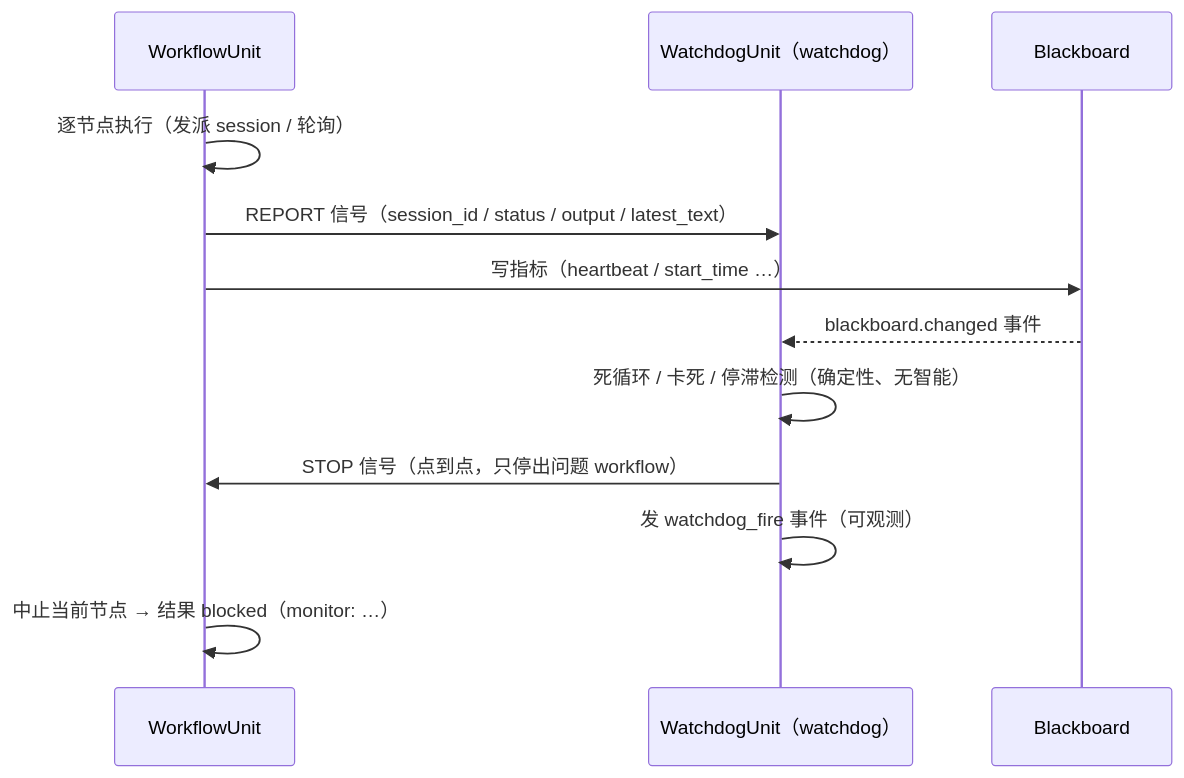
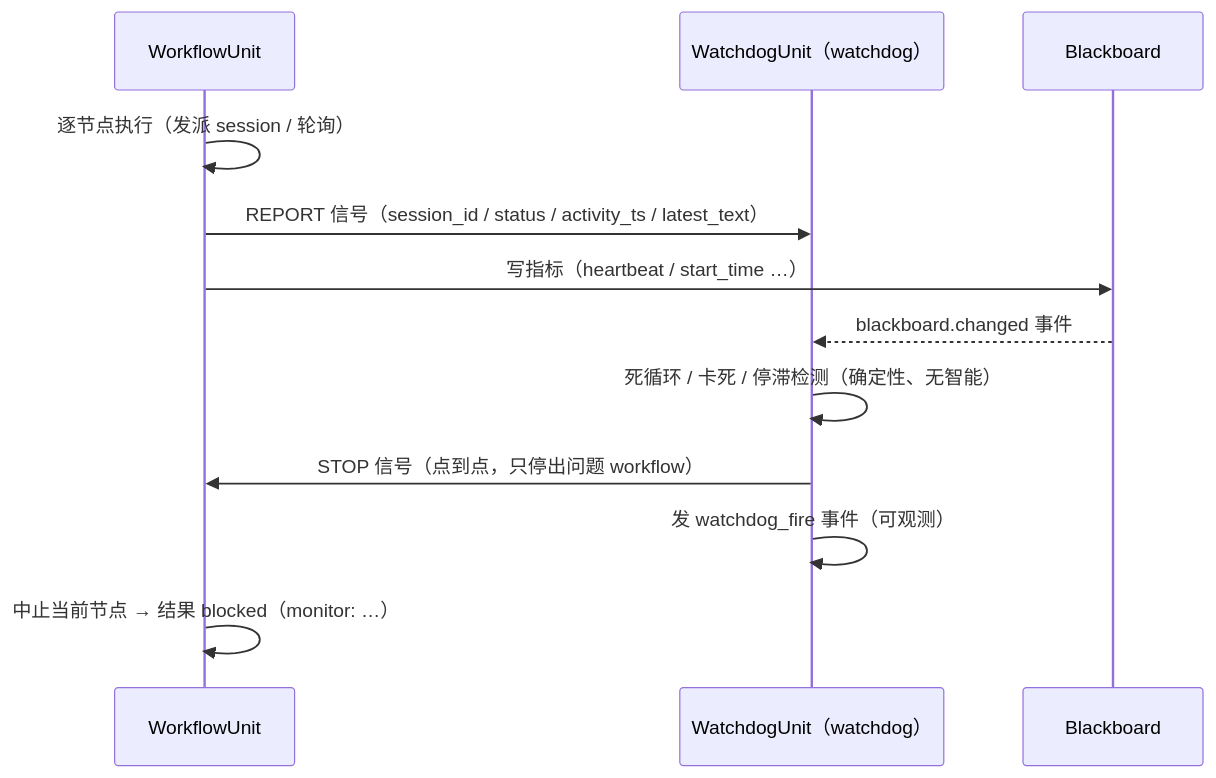
Before and after one commit to haberzero/regime-driver: the diagram in docs/architecture/02_statechart_network.md, drawn with Mermaid. The commit also changed 48 other files, not shown here.

````diff
--- a/docs/architecture/02_statechart_network.md
+++ b/docs/architecture/02_statechart_network.md
@@ -238,15 +238,15 @@
 ```mermaid
 sequenceDiagram
     participant 工作流 as WorkflowUnit
     participant 看门狗 as WatchdogUnit（watchdog）
     participant 黑板 as Blackboard
 
     工作流->>工作流: 逐节点执行（发派 session / 轮询）
-    工作流->>看门狗: REPORT 信号（session_id / status / output / latest_text）
+    工作流->>看门狗: REPORT 信号（session_id / status / activity_ts / latest_text）
     工作流->>黑板: 写指标（heartbeat / start_time …）
     黑板-->>看门狗: blackboard.changed 事件
     看门狗->>看门狗: 死循环 / 卡死 / 停滞检测（确定性、无智能）
     看门狗->>工作流: STOP 信号（点到点，只停出问题 workflow）
     看门狗->>看门狗: 发 watchdog_fire 事件（可观测）
     工作流->>工作流: 中止当前节点 → 结果 blocked（monitor: …）
 ```
````
